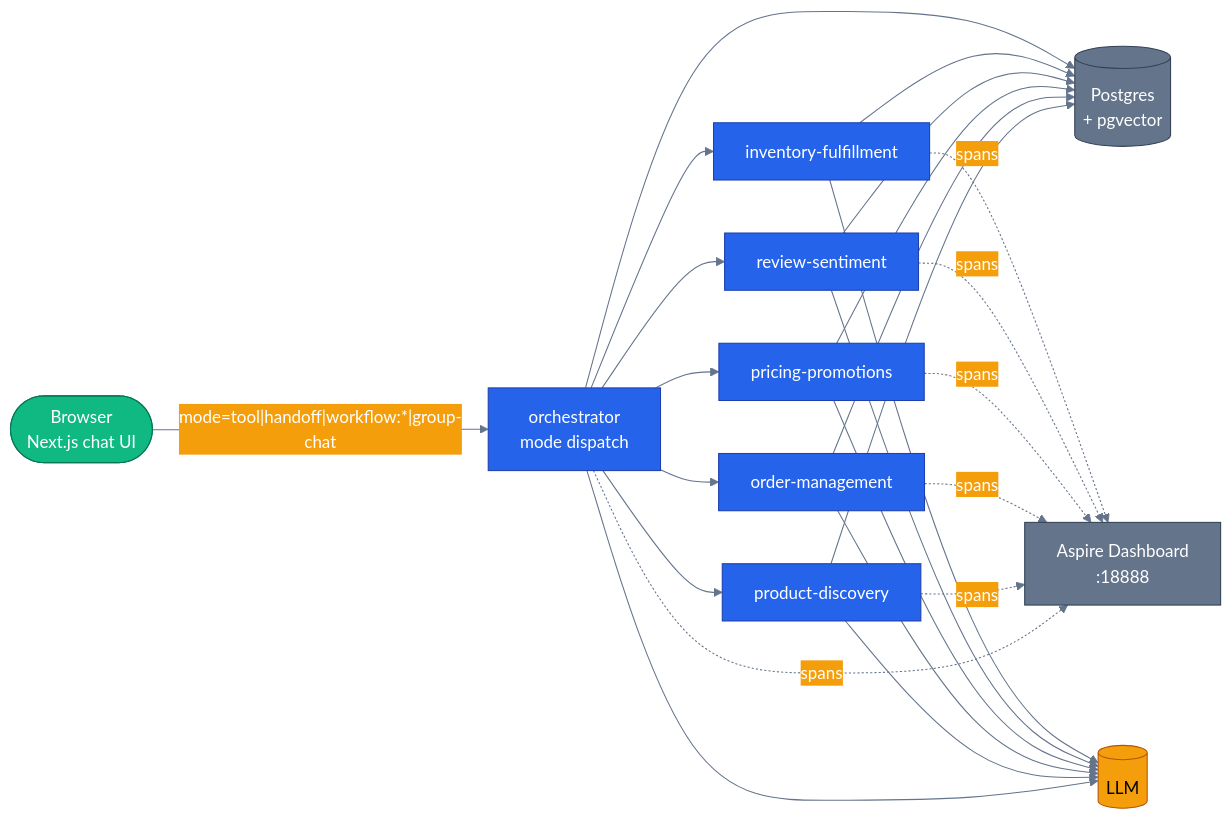
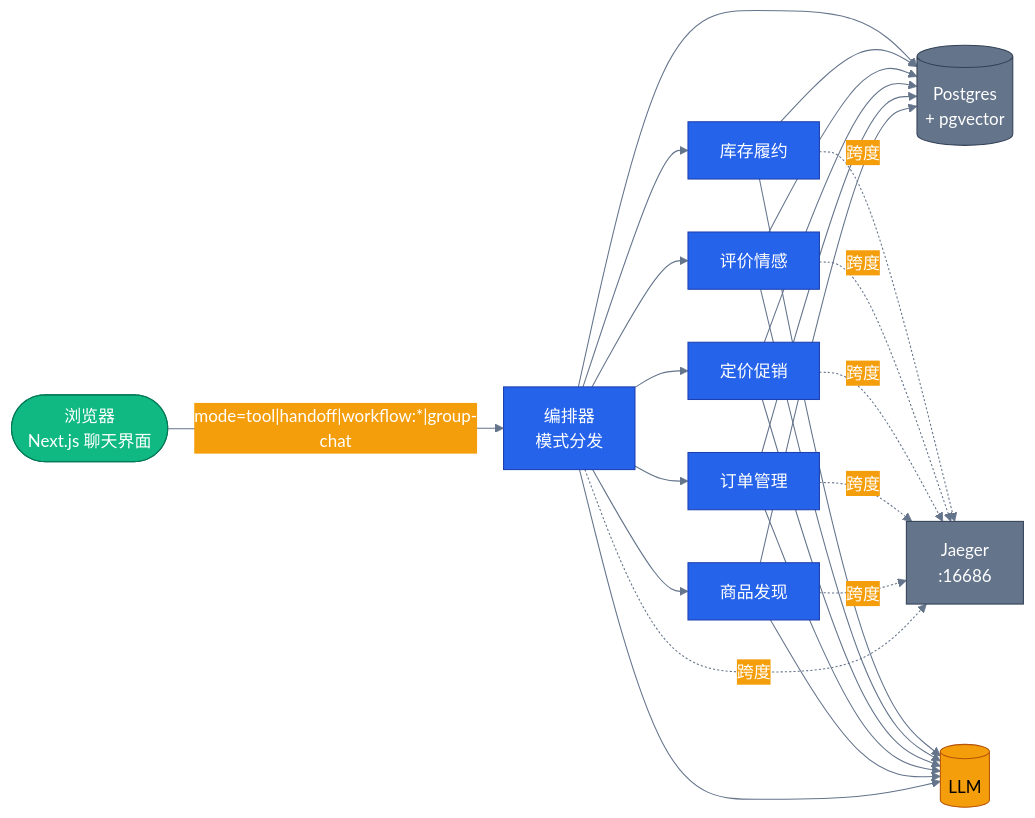
The diagram in tutorials/21-capstone-tour/README.md (s1encisi/reliable-commerce-agents), drawn with Mermaid before and after one commit. The commit also changed other lines of this file and 1033 other files, not shown here.

````diff
--- a/tutorials/21-capstone-tour/README.md
+++ b/tutorials/21-capstone-tour/README.md
@@ -44,37 +23,37 @@
 ```mermaid
 %%{init: {'theme':'base', 'themeVariables': {
   'primaryColor': '#2563eb','primaryTextColor': '#ffffff','primaryBorderColor': '#1e40af',
   'lineColor': '#64748b','secondaryColor': '#f59e0b','tertiaryColor': '#10b981',
   'background': 'transparent'}}}%%
 flowchart LR
   classDef core     fill:#2563eb,stroke:#1e40af,color:#ffffff
   classDef external fill:#f59e0b,stroke:#b45309,color:#000000
   classDef success  fill:#10b981,stroke:#047857,color:#ffffff
   classDef infra    fill:#64748b,stroke:#334155,color:#ffffff
 
-  browser([Browser<br/>Next.js chat UI])
-  orch["orchestrator<br/>mode dispatch"]
-  pd["product-discovery"]
-  om["order-management"]
-  pp["pricing-promotions"]
-  rs["review-sentiment"]
-  inv["inventory-fulfillment"]
+  browser([浏览器<br/>Next.js 聊天界面])
+  orch["编排器<br/>模式分发"]
+  pd["商品发现"]
+  om["订单管理"]
+  pp["定价促销"]
+  rs["评价情感"]
+  inv["库存履约"]
   pg[(Postgres<br/>+ pgvector)]
-  otel["Aspire Dashboard<br/>:18888"]
+  jaeger["Jaeger<br/>:16686"]
   llm[(LLM)]
 
   browser -->|"mode=tool|handoff|workflow:*|group-chat"| orch
   orch --> pd & om & pp & rs & inv
   pd & om & pp & rs & inv --> pg
   orch --> pg
-  orch -.spans.-> otel
-  pd & om & pp & rs & inv -.spans.-> otel
+  orch -.跨度.-> jaeger
+  pd & om & pp & rs & inv -.跨度.-> jaeger
   orch --> llm
   pd & om & pp & rs & inv --> llm
 
   class browser success
   class orch core
   class pd,om,pp,rs,inv core
-  class pg,otel infra
+  class pg,jaeger infra
   class llm external
 ```
````
